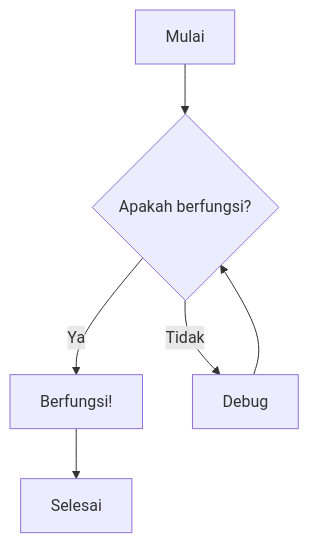
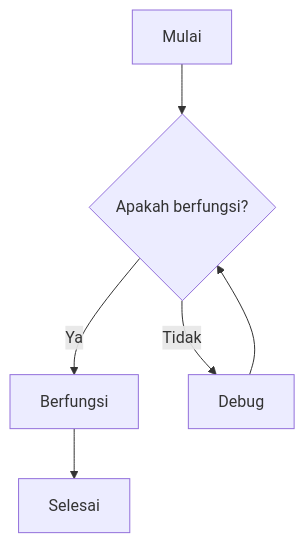
Before and after one commit to alsyauqi/docs: the first of 8 diagrams in flowcharts.mdx, drawn with Mermaid. The commit also changed other lines of this file, not shown here.

````diff
--- a/flowcharts.mdx
+++ b/flowcharts.mdx
@@ -25,8 +25,8 @@
 ```mermaid
 flowchart TD
     A[Mulai] --> B{Apakah berfungsi?}
-    B -->|Ya| C[Berfungsi!]
+    B -->|Ya| C[Berfungsi]
     B -->|Tidak| D[Debug]
     D --> B
     C --> E[Selesai]
 ```
````
